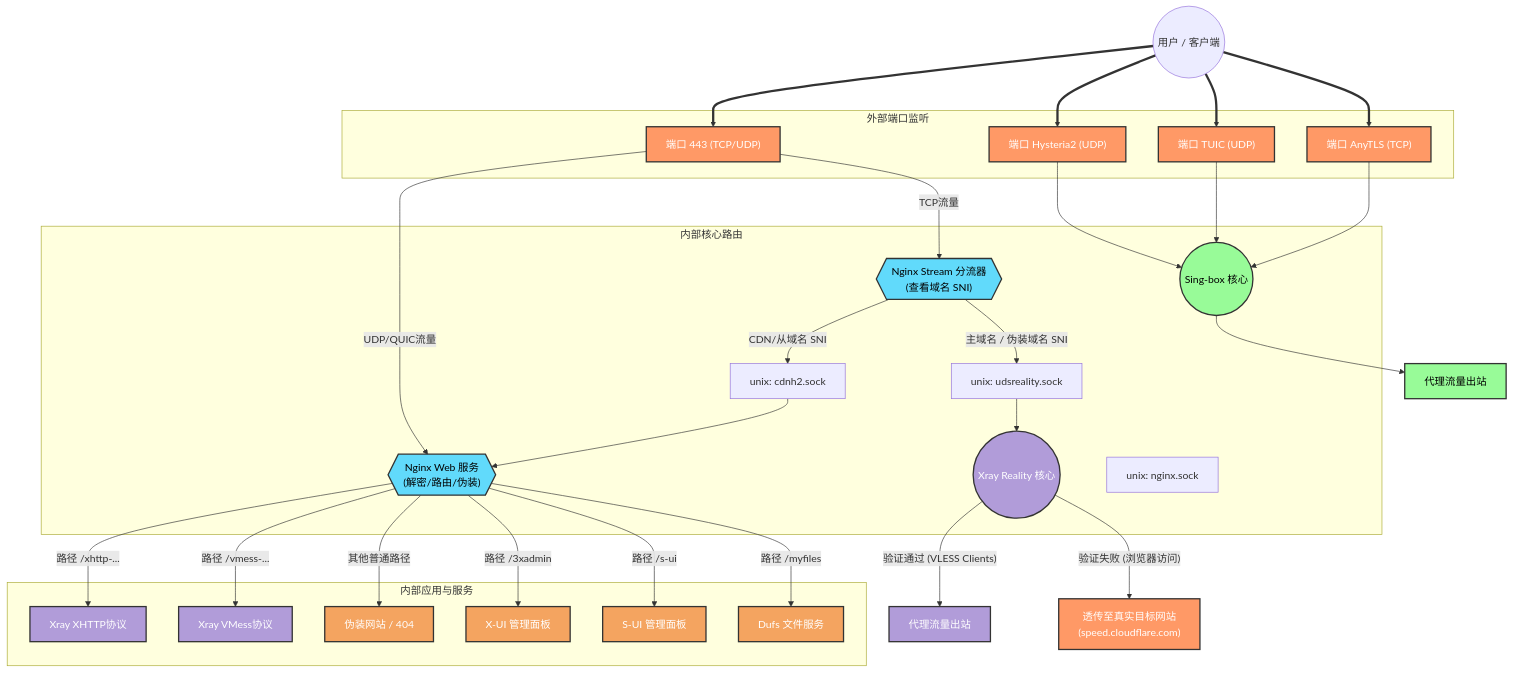
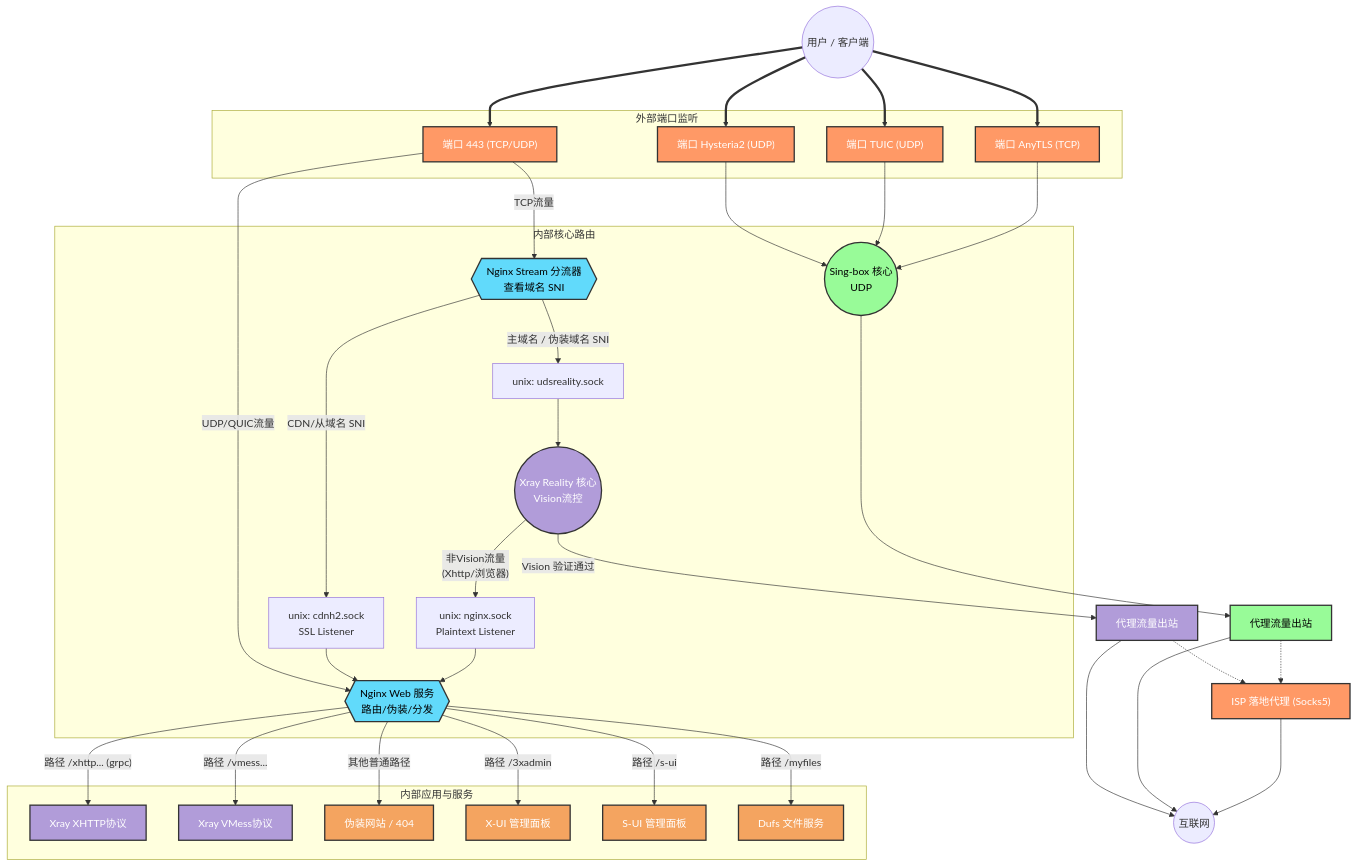
One commit to currycan/key changed the first of 3 diagrams in docker/sb-xray/docs/traffic-flow.md. Above: the diagram before and after it, drawn with Mermaid. The commit also changed other lines of this file and 4 other files, not shown here.

````diff
--- a/docker/sb-xray/docs/traffic-flow.md
+++ b/docker/sb-xray/docs/traffic-flow.md
@@ -24,68 +24,75 @@
 ```mermaid
 graph TD
     %% 定义样式
     classDef entry fill:#f96,stroke:#333,stroke-width:2px,color:white;
     classDef nginx fill:#61dafb,stroke:#333,stroke-width:2px,color:black;
     classDef xray fill:#b19cd9,stroke:#333,stroke-width:2px,color:white;
     classDef sing fill:#98fb98,stroke:#333,stroke-width:2px,color:black;
     classDef app fill:#f4a460,stroke:#333,stroke-width:2px,color:white;
 
     User((用户 / 客户端))
 
     subgraph 外部端口监听
         P443["端口 443 (TCP/UDP)"]:::entry
         PHysteria["端口 Hysteria2 (UDP)"]:::entry
         PTuic["端口 TUIC (UDP)"]:::entry
         PAnyTLS["端口 AnyTLS (TCP)"]:::entry
     end
 
     User ==> P443
     User ==> PHysteria
     User ==> PTuic
     User ==> PAnyTLS
 
     subgraph 内部核心路由
-        NginxStream{{"Nginx Stream 分流器<br>(查看域名 SNI)"}}:::nginx
-        NginxWeb{{"Nginx Web 服务<br>(解密/路由/伪装)"}}:::nginx
-        XrayReality(("Xray Reality 核心")):::xray
-        SingBox(("Sing-box 核心")):::sing
+        NginxStream{{"Nginx Stream 分流器<br>查看域名 SNI"}}:::nginx
+        NginxWeb{{"Nginx Web 服务<br>路由/伪装/分发"}}:::nginx
+        XrayReality(("Xray Reality 核心<br>Vision流控")):::xray
+        SingBox(("Sing-box 核心<br>UDP")):::sing
         UDS_Reality[unix: udsreality.sock]
-        UDS_CDN[unix: cdnh2.sock]
-        UDS_Nginx[unix: nginx.sock]
+        UDS_CDN["unix: cdnh2.sock<br>SSL Listener"]
+        UDS_Nginx["unix: nginx.sock<br>Plaintext Listener"]
     end
 
     %% TCP 443 流量处理
     P443 -- TCP流量 --> NginxStream
     P443 -- UDP/QUIC流量 --> NginxWeb
 
     %% 智能分流逻辑
     NginxStream -- "主域名 / 伪装域名 SNI" --> UDS_Reality --> XrayReality
     NginxStream -- "CDN/从域名 SNI" --> UDS_CDN --> NginxWeb
 
     %% Xray Reality 内部逻辑
-    XrayReality -- "验证通过 (VLESS Clients)" --> ProxyOut1[代理流量出站]:::xray
-    XrayReality -- "验证失败 (浏览器访问)" --> ExternalTarget["透传至真实目标网站<br>(speed.cloudflare.com)"]:::entry
+    XrayReality -- "Vision 验证通过" --> ProxyOut1[代理流量出站]:::xray
+    XrayReality -- "非Vision流量<br>(Xhttp/浏览器)" --> UDS_Nginx
+    UDS_Nginx --> NginxWeb
 
     %% 独立协议处理
     PHysteria --> SingBox
     PTuic --> SingBox
     PAnyTLS --> SingBox
     SingBox --> ProxyOut2[代理流量出站]:::sing
+
+    ProxyOut1 -.-> ISP["ISP 落地代理 (Socks5)"]:::entry
+    ProxyOut2 -.-> ISP
+    ProxyOut1 --> Internet((互联网))
+    ProxyOut2 --> Internet
+    ISP --> Internet
 
     %% Nginx Web 服务路由
     subgraph 内部应用与服务
         AppXHTTP[Xray XHTTP协议]:::xray
         AppVMess[Xray VMess协议]:::xray
         AppWeb[伪装网站 / 404]:::app
         AppXUI[X-UI 管理面板]:::app
         AppSUI[S-UI 管理面板]:::app
         AppFiles[Dufs 文件服务]:::app
     end
 
-    NginxWeb -- "路径 /xhttp-..." --> AppXHTTP
-    NginxWeb -- "路径 /vmess-..." --> AppVMess
+    NginxWeb -- "路径 /xhttp... (grpc)" --> AppXHTTP
+    NginxWeb -- "路径 /vmess..." --> AppVMess
     NginxWeb -- "路径 /3xadmin" --> AppXUI
     NginxWeb -- "路径 /s-ui" --> AppSUI
     NginxWeb -- "路径 /myfiles" --> AppFiles
     NginxWeb -- "其他普通路径" --> AppWeb
 ```
````
